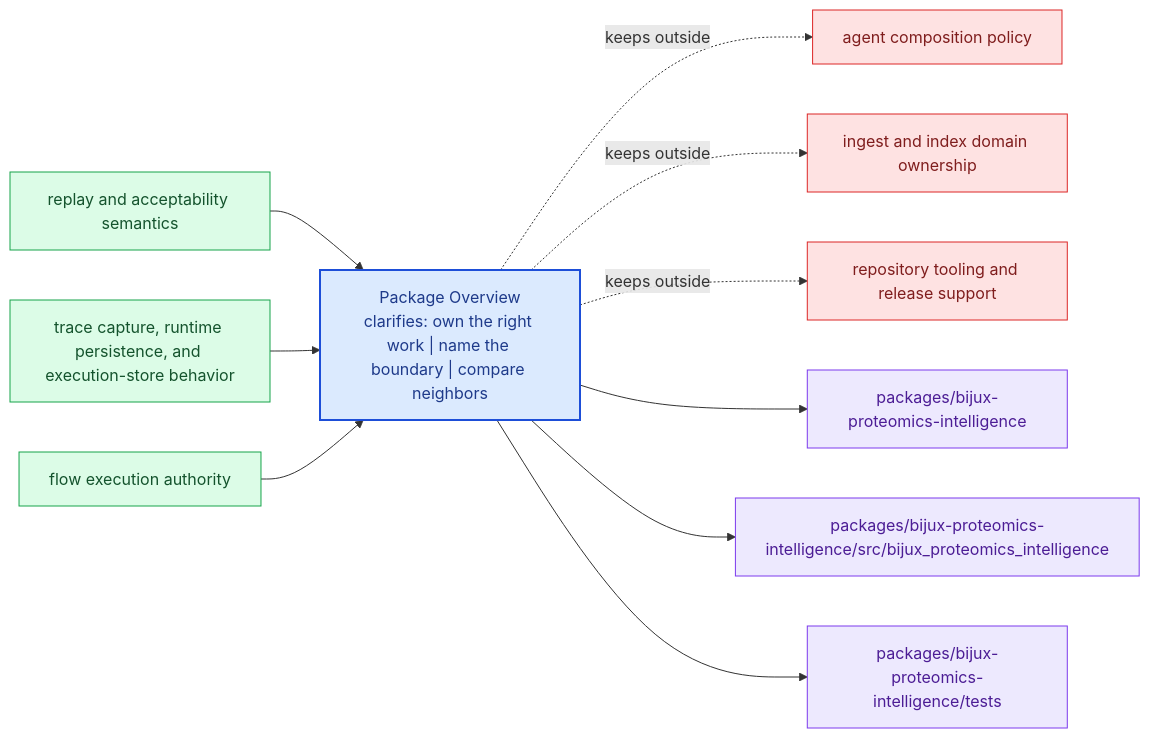
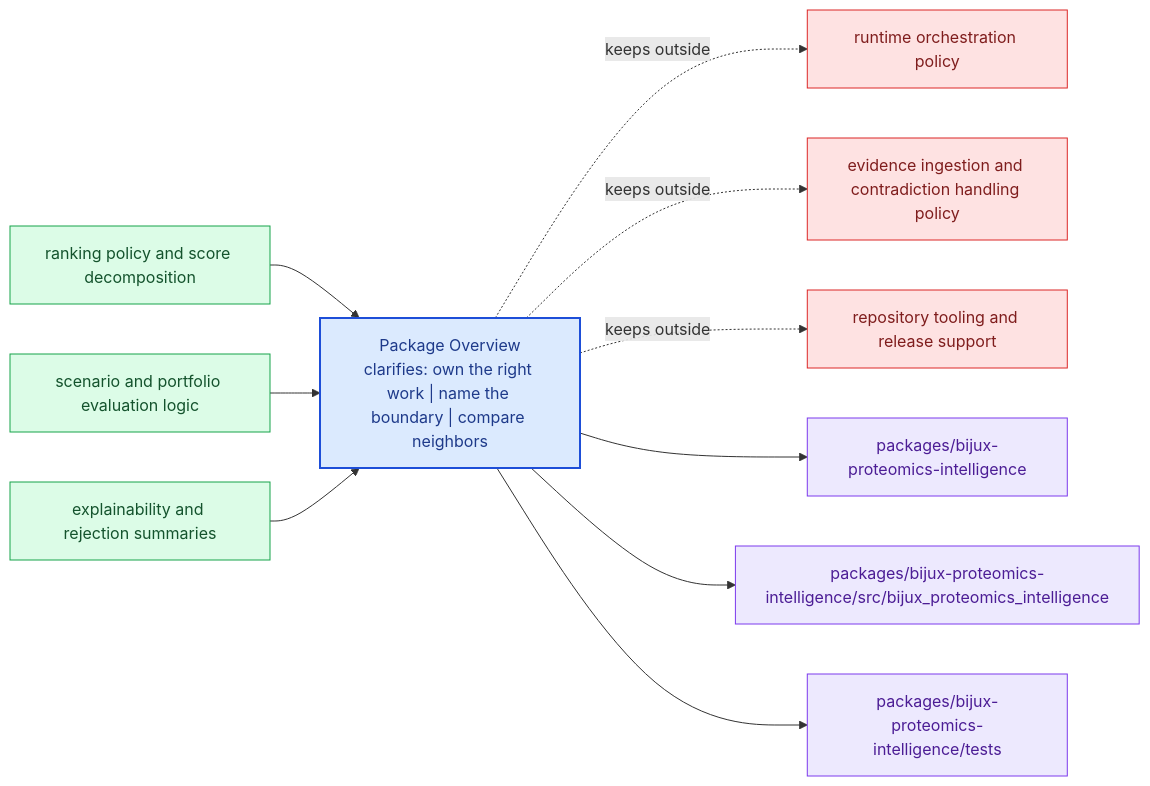
Before and after one commit to bijux/bijux-proteomics: the diagram in docs/bijux-proteomics-intelligence/foundation/package-overview.md, drawn with Mermaid. The commit also changed other lines of this file and 24 other files, not shown here.

````diff
--- a/docs/bijux-proteomics-intelligence/foundation/package-overview.md
+++ b/docs/bijux-proteomics-intelligence/foundation/package-overview.md
@@ -23,31 +25,31 @@
 ```mermaid
 flowchart LR
     page["Package Overview<br/>clarifies: own the right work | name the boundary | compare neighbors"]
     classDef page fill:#dbeafe,stroke:#1d4ed8,color:#1e3a8a,stroke-width:2px;
     classDef positive fill:#dcfce7,stroke:#16a34a,color:#14532d;
     classDef caution fill:#fee2e2,stroke:#dc2626,color:#7f1d1d;
     classDef anchor fill:#ede9fe,stroke:#7c3aed,color:#4c1d95;
     classDef action fill:#fef3c7,stroke:#d97706,color:#7c2d12;
-    own1["replay and acceptability semantics"]
+    own1["ranking policy and score decomposition"]
     own1 --> page
-    own2["trace capture, runtime persistence, and execution-store behavior"]
+    own2["scenario and portfolio evaluation logic"]
     own2 --> page
-    own3["flow execution authority"]
+    own3["explainability and rejection summaries"]
     own3 --> page
-    limit1["agent composition policy"]
+    limit1["runtime orchestration policy"]
     page -.keeps outside.-> limit1
-    limit2["ingest and index domain ownership"]
+    limit2["evidence ingestion and contradiction handling policy"]
     page -.keeps outside.-> limit2
     limit3["repository tooling and release support"]
     page -.keeps outside.-> limit3
     anchor1["packages/bijux-proteomics-intelligence"]
     page --> anchor1
     anchor2["packages/bijux-proteomics-intelligence/src/bijux_proteomics_intelligence"]
     page --> anchor2
     anchor3["packages/bijux-proteomics-intelligence/tests"]
     page --> anchor3
     class page page;
     class own1,own2,own3 positive;
     class limit1,limit2,limit3 caution;
     class anchor1,anchor2,anchor3 anchor;
 ```
````
